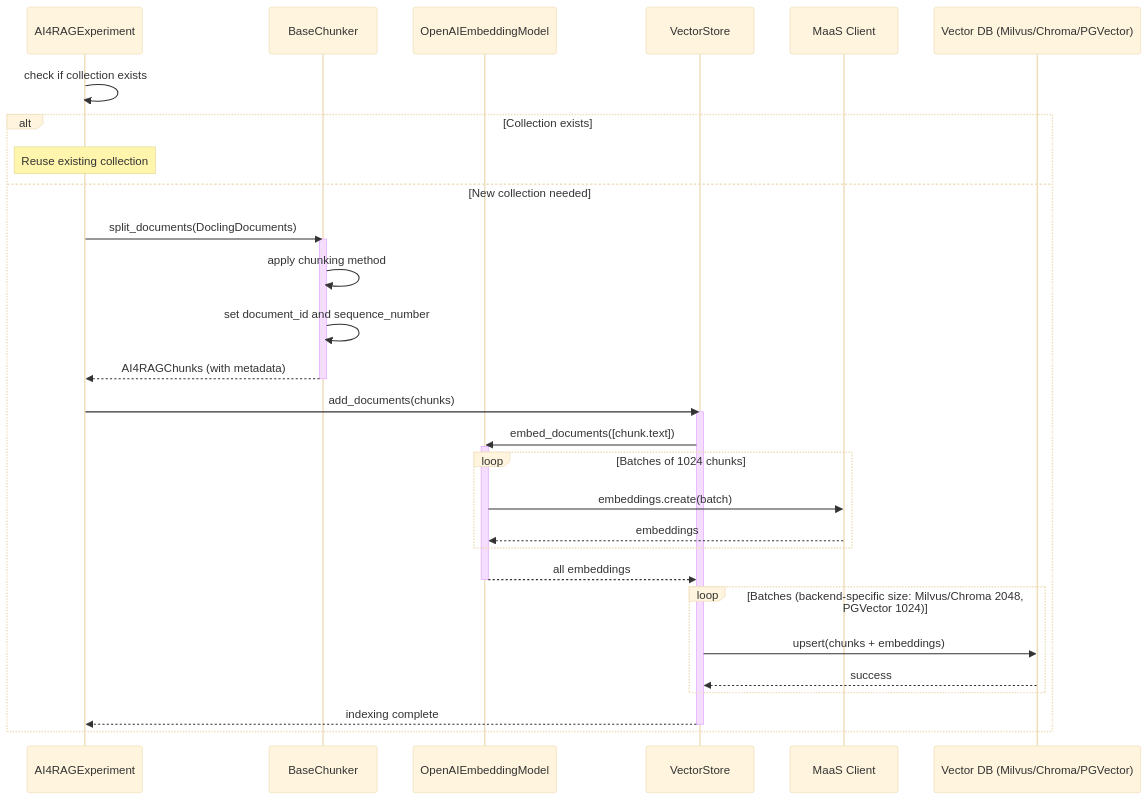
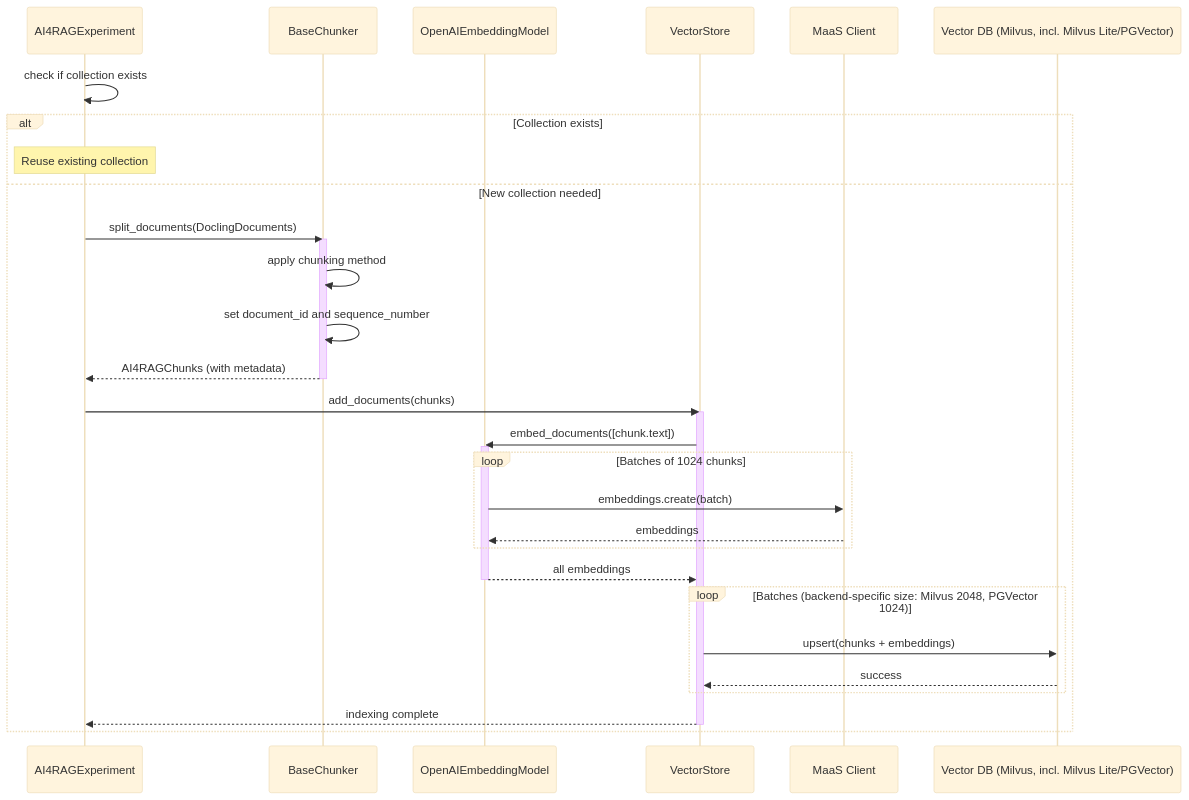
Before and after one commit to IBM/ai4rag: the first of 4 diagrams in docs/architecture/data-flow.md, drawn with Mermaid (base theme). The commit also changed other lines of this file and 54 other files, not shown here.

````diff
--- a/docs/architecture/data-flow.md
+++ b/docs/architecture/data-flow.md
@@ -22,39 +22,39 @@
 ```mermaid
 sequenceDiagram
     participant Exp as AI4RAGExperiment
     participant LC as BaseChunker
     participant EM as OpenAIEmbeddingModel
     participant VS as VectorStore
     participant MaaSClient as MaaS Client
-    participant DB as Vector DB (Milvus/Chroma/PGVector)
+    participant DB as Vector DB (Milvus, incl. Milvus Lite/PGVector)
 
     Exp->>Exp: check if collection exists
     alt Collection exists
         Note over Exp: Reuse existing collection
     else New collection needed
         Exp->>LC: split_documents(DoclingDocuments)
         activate LC
         LC->>LC: apply chunking method
         LC->>LC: set document_id and sequence_number
         LC-->>Exp: AI4RAGChunks (with metadata)
         deactivate LC
 
         Exp->>VS: add_documents(chunks)
         activate VS
         VS->>EM: embed_documents([chunk.text])
         activate EM
         loop Batches of 1024 chunks
             EM->>MaaSClient: embeddings.create(batch)
             MaaSClient-->>EM: embeddings
         end
         EM-->>VS: all embeddings
         deactivate EM
 
-        loop Batches (backend-specific size: Milvus/Chroma 2048, PGVector 1024)
+        loop Batches (backend-specific size: Milvus 2048, PGVector 1024)
             VS->>DB: upsert(chunks + embeddings)
             DB-->>VS: success
         end
         VS-->>Exp: indexing complete
         deactivate VS
     end
 ```
````
